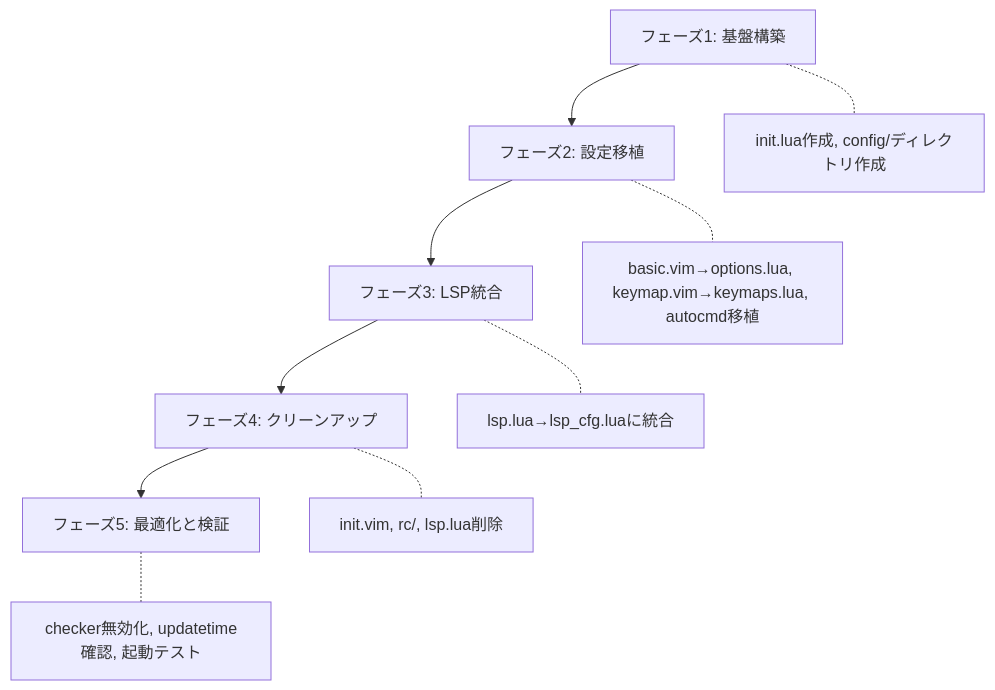
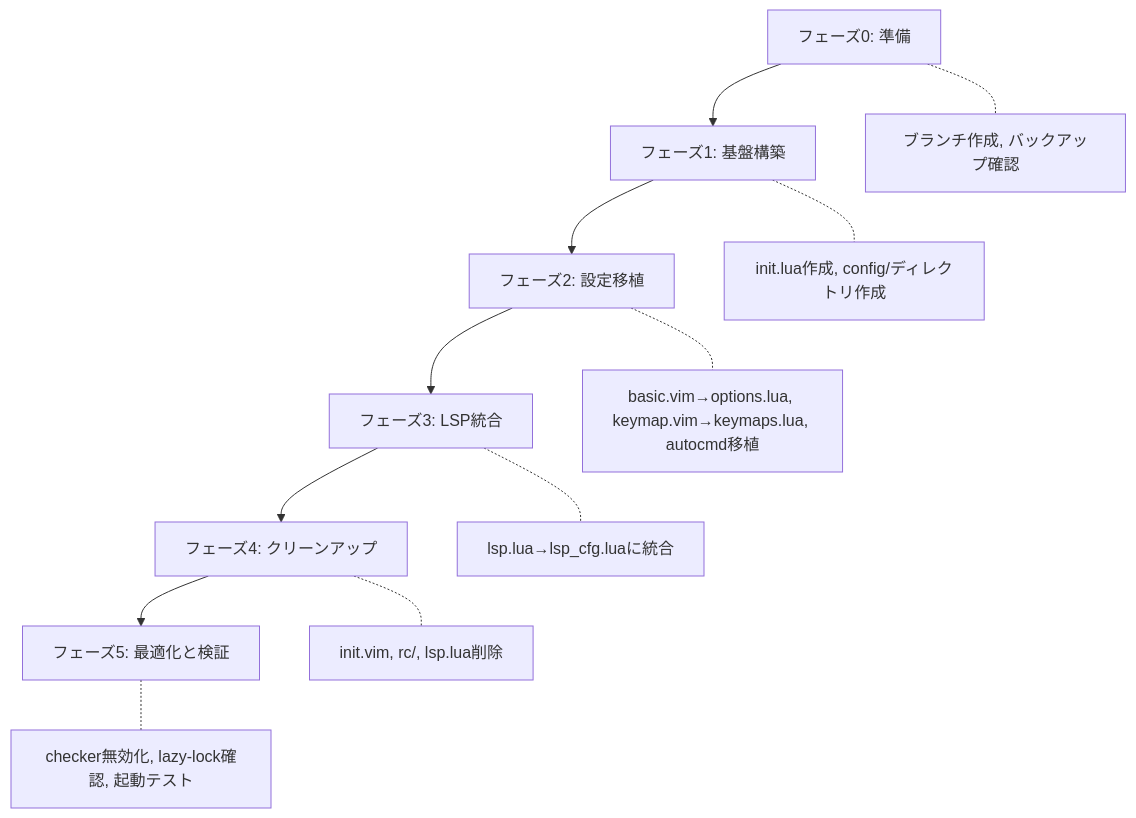
Before and after one commit to yohi/dots: the fourth of 4 diagrams in .kiro/specs/neovim-config-modernization/design.md, drawn with Mermaid. The commit also changed other lines of this file and 2 other files, not shown here.

````diff
--- a/.kiro/specs/neovim-config-modernization/design.md
+++ b/.kiro/specs/neovim-config-modernization/design.md
@@ -443,16 +549,18 @@
 ```mermaid
 flowchart TB
+    Phase0[フェーズ0: 準備]
     Phase1[フェーズ1: 基盤構築]
     Phase2[フェーズ2: 設定移植]
     Phase3[フェーズ3: LSP統合]
     Phase4[フェーズ4: クリーンアップ]
     Phase5[フェーズ5: 最適化と検証]
 
-    Phase1 --> Phase2 --> Phase3 --> Phase4 --> Phase5
+    Phase0 --> Phase1 --> Phase2 --> Phase3 --> Phase4 --> Phase5
 
-    Phase1 -.- P1Detail["init.lua作成, config/ディレクトリ作成"]
-    Phase2 -.- P2Detail["basic.vim→options.lua, keymap.vim→keymaps.lua, autocmd移植"]
-    Phase3 -.- P3Detail["lsp.lua→lsp_cfg.luaに統合"]
-    Phase4 -.- P4Detail["init.vim, rc/, lsp.lua削除"]
-    Phase5 -.- P5Detail["checker無効化, updatetime確認, 起動テスト"]
+    Phase0 -.- P0Detail[ブランチ作成, バックアップ確認]
+    Phase1 -.- P1Detail[init.lua作成, config/ディレクトリ作成]
+    Phase2 -.- P2Detail[basic.vim→options.lua, keymap.vim→keymaps.lua, autocmd移植]
+    Phase3 -.- P3Detail[lsp.lua→lsp_cfg.luaに統合]
+    Phase4 -.- P4Detail[init.vim, rc/, lsp.lua削除]
+    Phase5 -.- P5Detail[checker無効化, lazy-lock確認, 起動テスト]
 ```
````
